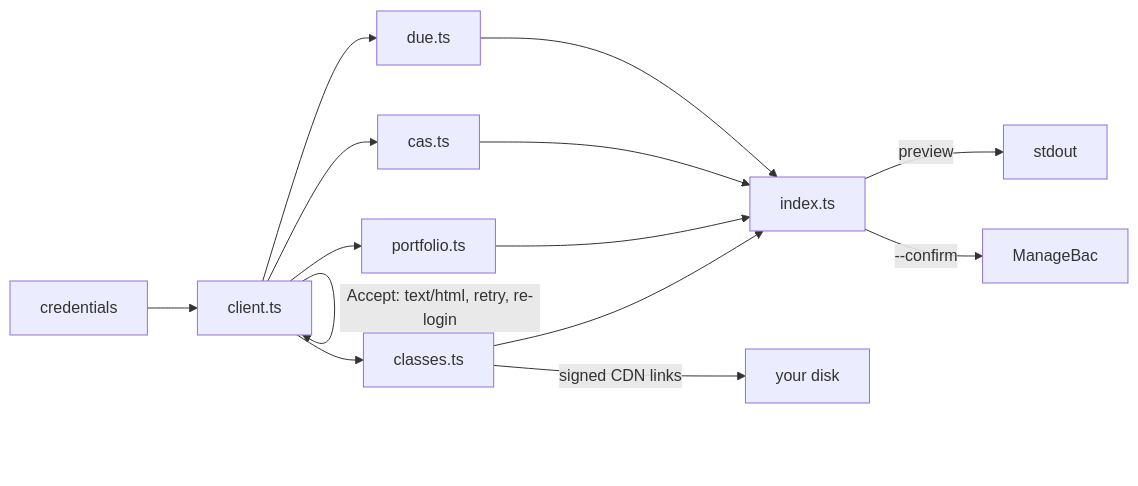
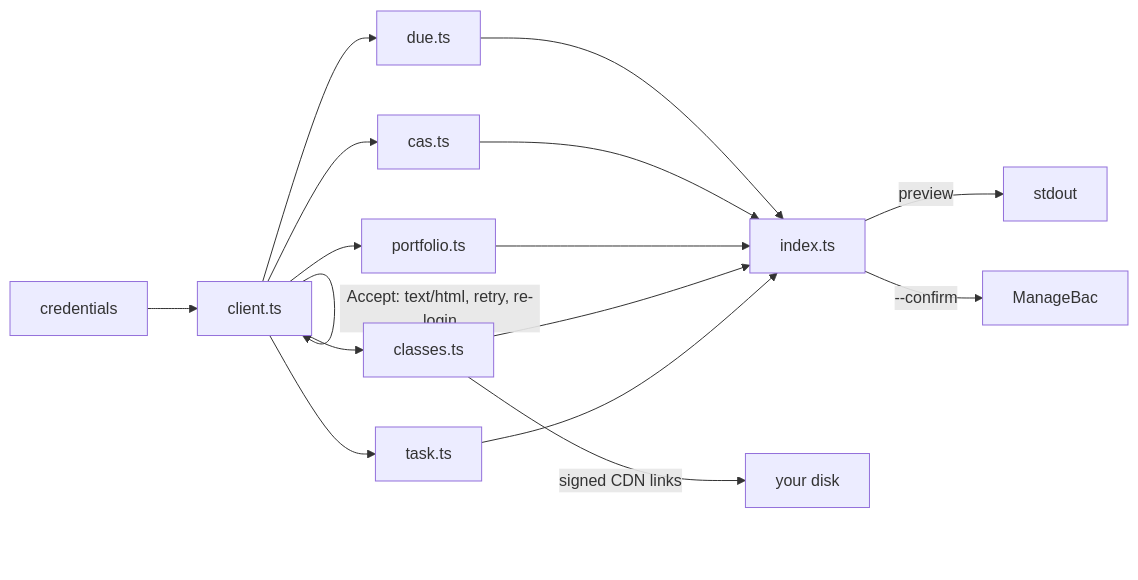
The diagram in README.md (nitrimandylis/bacpack), drawn with Mermaid before and after one commit. The commit also changed other lines of this file and 5 other files, not shown here.

````diff
--- a/README.md
+++ b/README.md
@@ -129,16 +133,18 @@
 ```mermaid
 flowchart LR
     A[credentials] --> B[client.ts]
     B -->|Accept: text/html, retry, re-login| B
     B --> C[due.ts]
     B --> D[cas.ts]
     B --> E[portfolio.ts]
     B --> I[classes.ts]
+    B --> K[task.ts]
     C --> F[index.ts]
     D --> F
     E --> F
     I --> F
+    K --> F
     I -->|signed CDN links| J[your disk]
     F -->|preview| G[stdout]
     F -->|--confirm| H[ManageBac]
 ```
````
